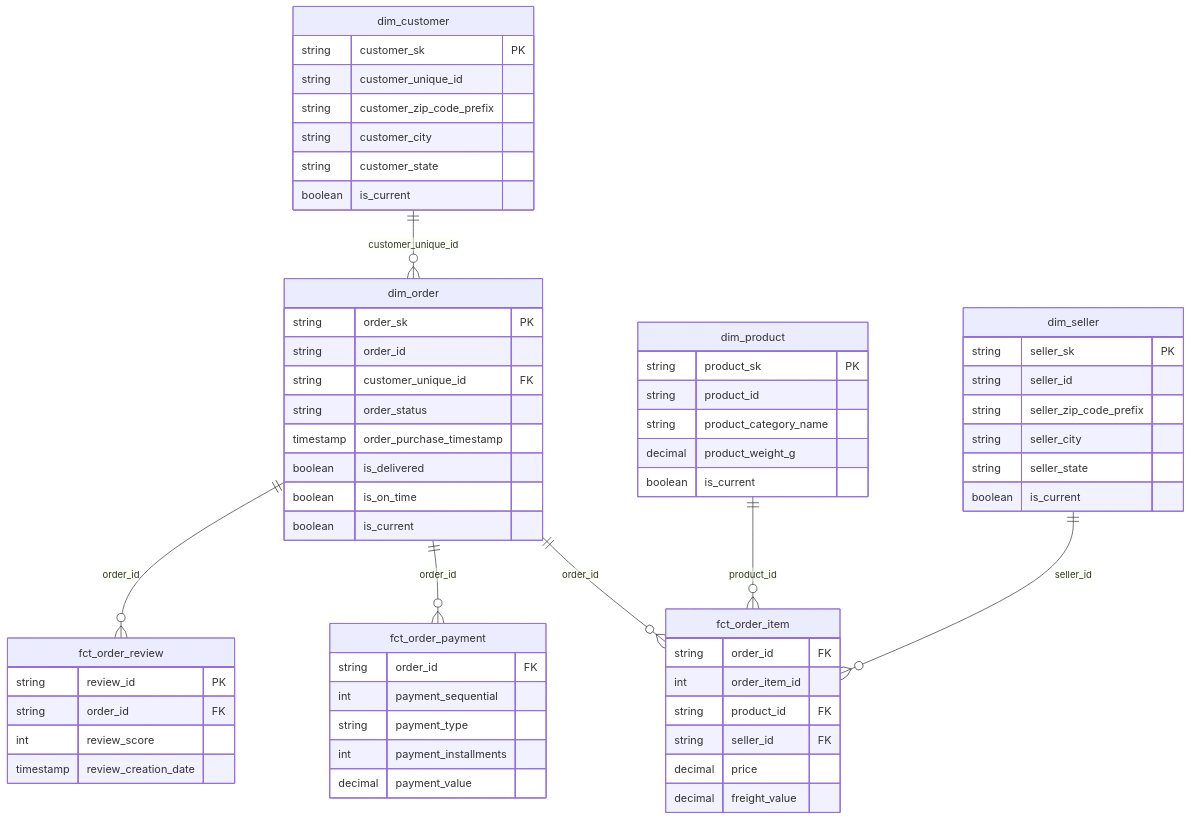
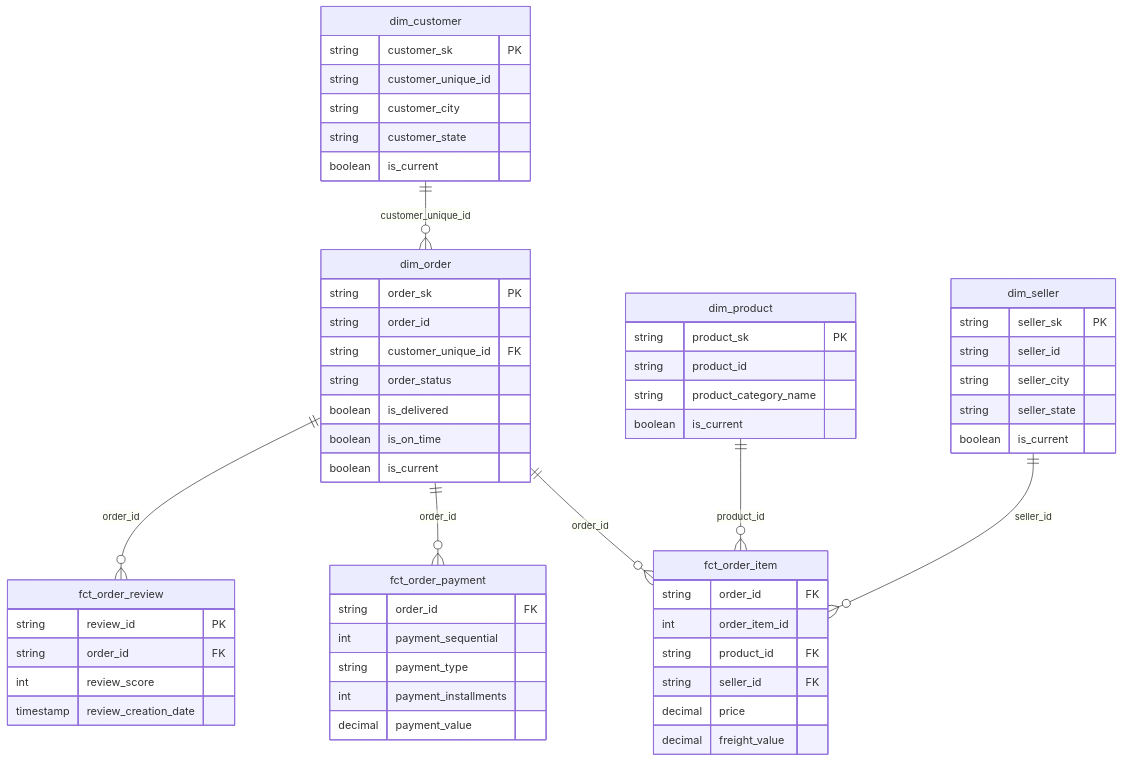
Before and after one commit to NXPLabs/Olist_Data_Pipeline: the second of 2 diagrams in README.md, drawn with Mermaid. The commit also changed other lines of this file, not shown here.

````diff
--- a/README.md
+++ b/README.md
@@ -44,70 +179,66 @@
 ```mermaid
 erDiagram
     dim_customer ||--o{ dim_order : "customer_unique_id"
     dim_order ||--o{ fct_order_item : "order_id"
     dim_order ||--o{ fct_order_payment : "order_id"
     dim_order ||--o{ fct_order_review : "order_id"
     dim_product ||--o{ fct_order_item : "product_id"
     dim_seller ||--o{ fct_order_item : "seller_id"
 
     dim_customer {
         string customer_sk PK
         string customer_unique_id
-        string customer_zip_code_prefix
         string customer_city
         string customer_state
         boolean is_current
     }
 
     dim_order {
         string order_sk PK
         string order_id
         string customer_unique_id FK
         string order_status
-        timestamp order_purchase_timestamp
         boolean is_delivered
         boolean is_on_time
         boolean is_current
     }
 
     dim_product {
         string product_sk PK
         string product_id
         string product_category_name
-        decimal product_weight_g
         boolean is_current
     }
 
     dim_seller {
         string seller_sk PK
         string seller_id
-        string seller_zip_code_prefix
         string seller_city
         string seller_state
         boolean is_current
     }
 
     fct_order_item {
         string order_id FK
         int order_item_id
         string product_id FK
         string seller_id FK
         decimal price
         decimal freight_value
     }
 
     fct_order_payment {
         string order_id FK
         int payment_sequential
         string payment_type
         int payment_installments
         decimal payment_value
     }
 
     fct_order_review {
         string review_id PK
         string order_id FK
         int review_score
         timestamp review_creation_date
     }
 ```
````
